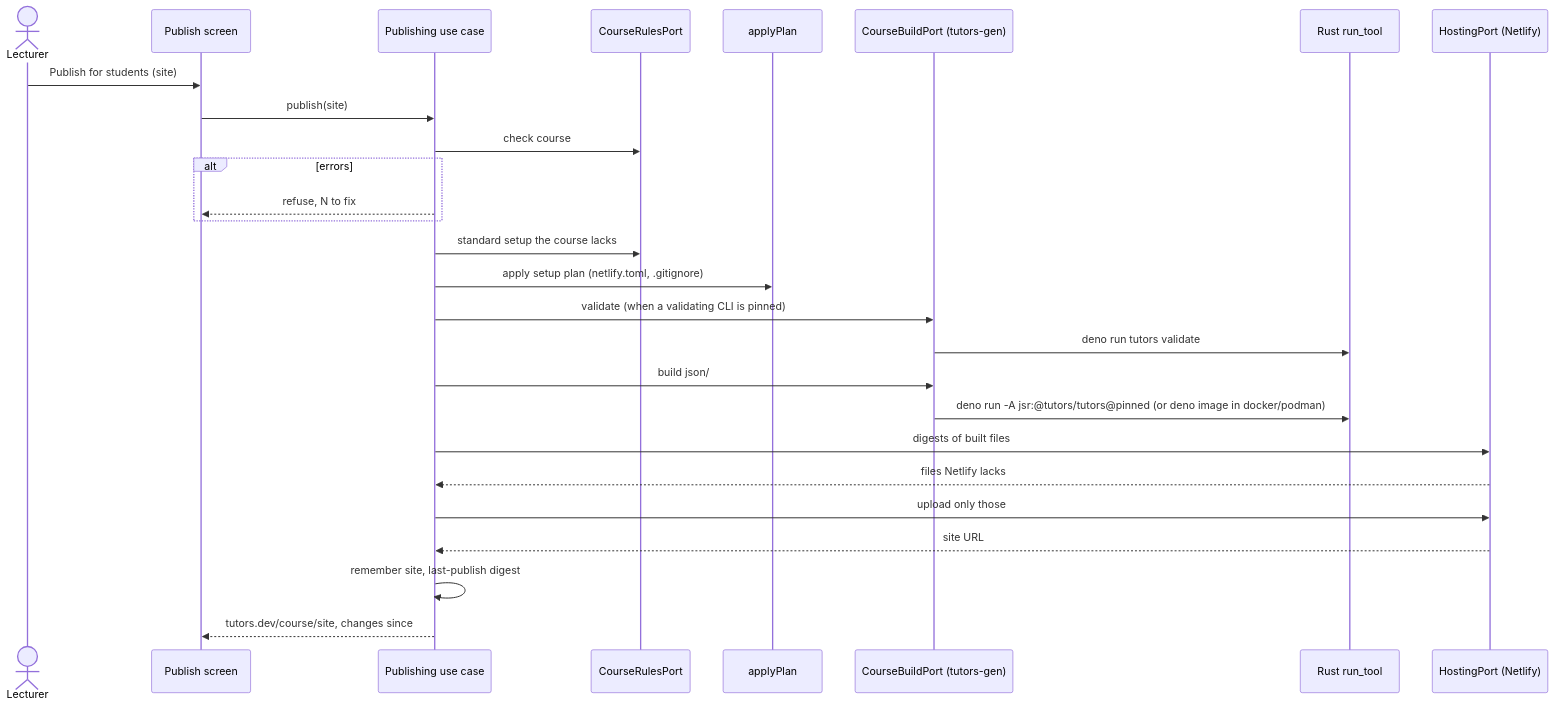
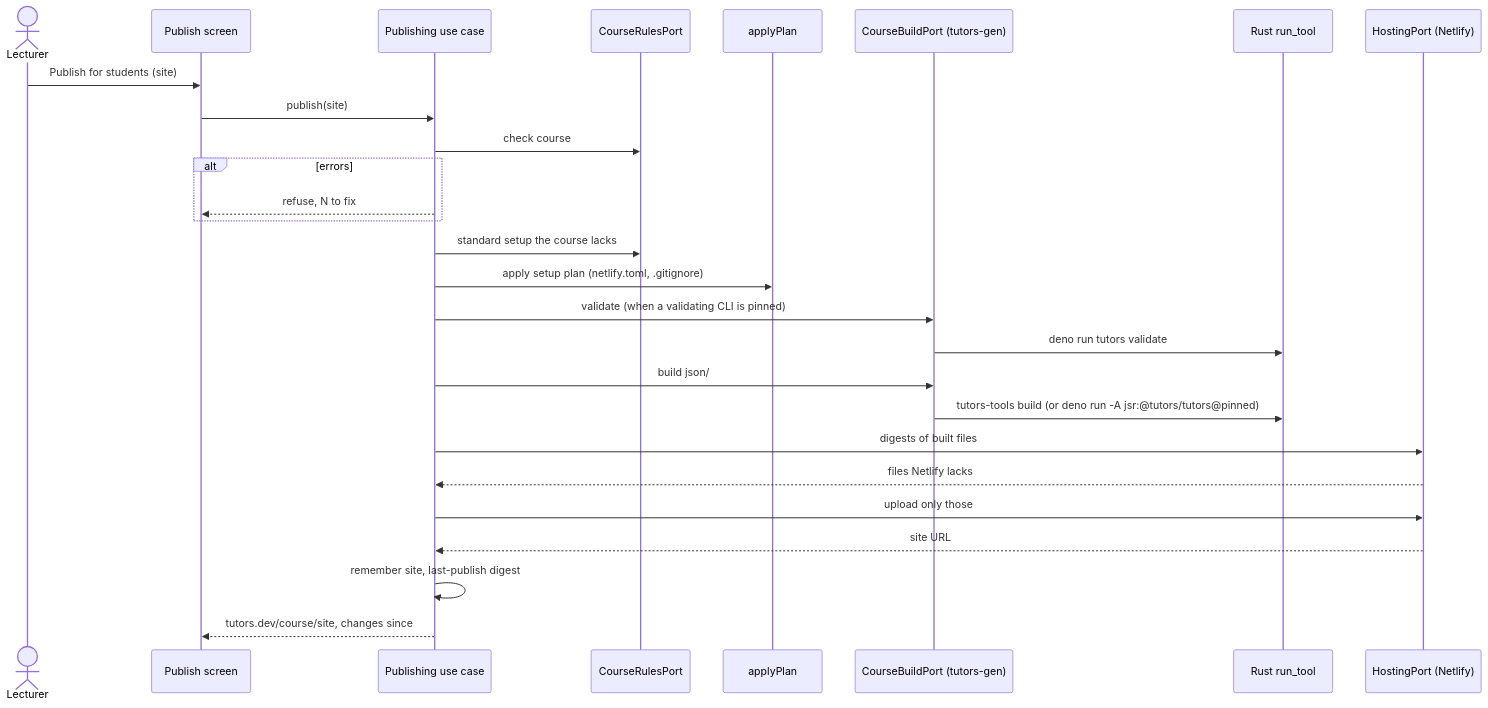
The sixth of 9 diagrams in docs/architecture.md (tutors-sdk/tutors-studio), drawn with Mermaid before and after one commit. The commit also changed other lines of this file and 25 other files, not shown here.

First line of the commit message:
Build courses with the Tutors tools bundled beside Studio (B2)

````diff
--- a/docs/architecture.md
+++ b/docs/architecture.md
@@ -258,30 +258,30 @@
 ```mermaid
 sequenceDiagram
   actor L as Lecturer
   participant UI as Publish screen
   participant Pub as Publishing use case
   participant R as CourseRulesPort
   participant P as applyPlan
   participant B as CourseBuildPort (tutors-gen)
   participant T as Rust run_tool
   participant H as HostingPort (Netlify)
 
   L->>UI: Publish for students (site)
   UI->>Pub: publish(site)
   Pub->>R: check course
   alt errors
     Pub-->>UI: refuse, N to fix
   end
   Pub->>R: standard setup the course lacks
   Pub->>P: apply setup plan (netlify.toml, .gitignore)
   Pub->>B: validate (when a validating CLI is pinned)
   B->>T: deno run tutors validate
   Pub->>B: build json/
-  B->>T: deno run -A jsr:@tutors/tutors@pinned (or deno image in docker/podman)
+  B->>T: tutors-tools build (or deno run -A jsr:@tutors/tutors@pinned)
   Pub->>H: digests of built files
   H-->>Pub: files Netlify lacks
   Pub->>H: upload only those
   H-->>Pub: site URL
   Pub->>Pub: remember site, last-publish digest
   Pub-->>UI: tutors.dev/course/site, changes since
 ```
````
